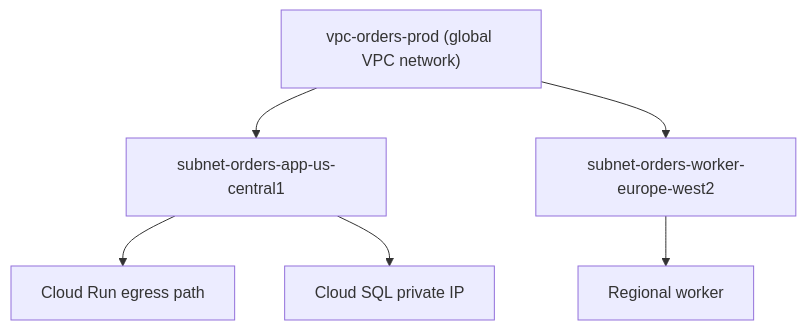
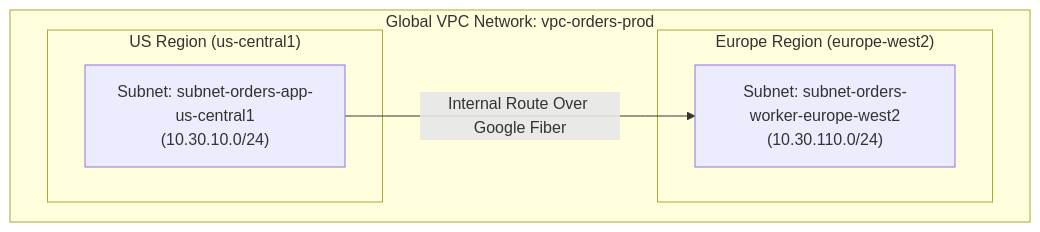
The diagram in cloud-providers/gcp/networking-connectivity/what-is-a-gcp-vpc.md (senlinyy/dev-roadmaps), drawn with Mermaid before and after one commit. The commit also changed other lines of this file and 530 other files, not shown here.

````diff
--- a/cloud-providers/gcp/networking-connectivity/what-is-a-gcp-vpc.md
+++ b/cloud-providers/gcp/networking-connectivity/what-is-a-gcp-vpc.md
@@ -88,9 +44,13 @@
 ```mermaid
-flowchart TB
-    VPC["vpc-orders-prod (global VPC network)"]
-    VPC --> USC["subnet-orders-app-us-central1"]
-    VPC --> EUW["subnet-orders-worker-europe-west2"]
-    USC --> Run["Cloud Run egress path"]
-    USC --> SQL["Cloud SQL private IP"]
-    EUW --> Worker["Regional worker"]
+flowchart TD
+    subgraph GlobalVPC["Global VPC Network: vpc-orders-prod"]
+        subgraph RegionUS["US Region (us-central1)"]
+            SubnetUS["Subnet: subnet-orders-app-us-central1<br/>(10.30.10.0/24)"]
+        end
+        subgraph RegionEU["Europe Region (europe-west2)"]
+            SubnetEU["Subnet: subnet-orders-worker-europe-west2<br/>(10.30.110.0/24)"]
+        end
+    end
+
+    SubnetUS -->|Internal Route Over Google Fiber| SubnetEU
 ```
````
